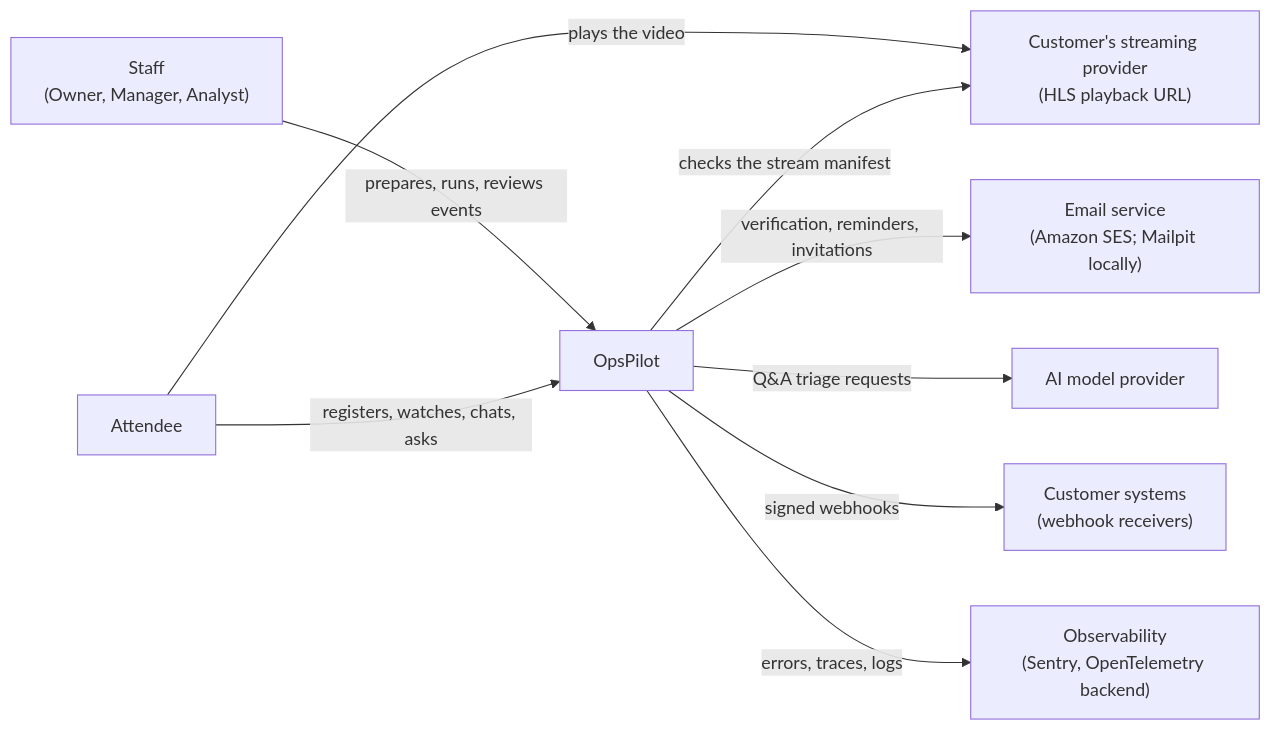
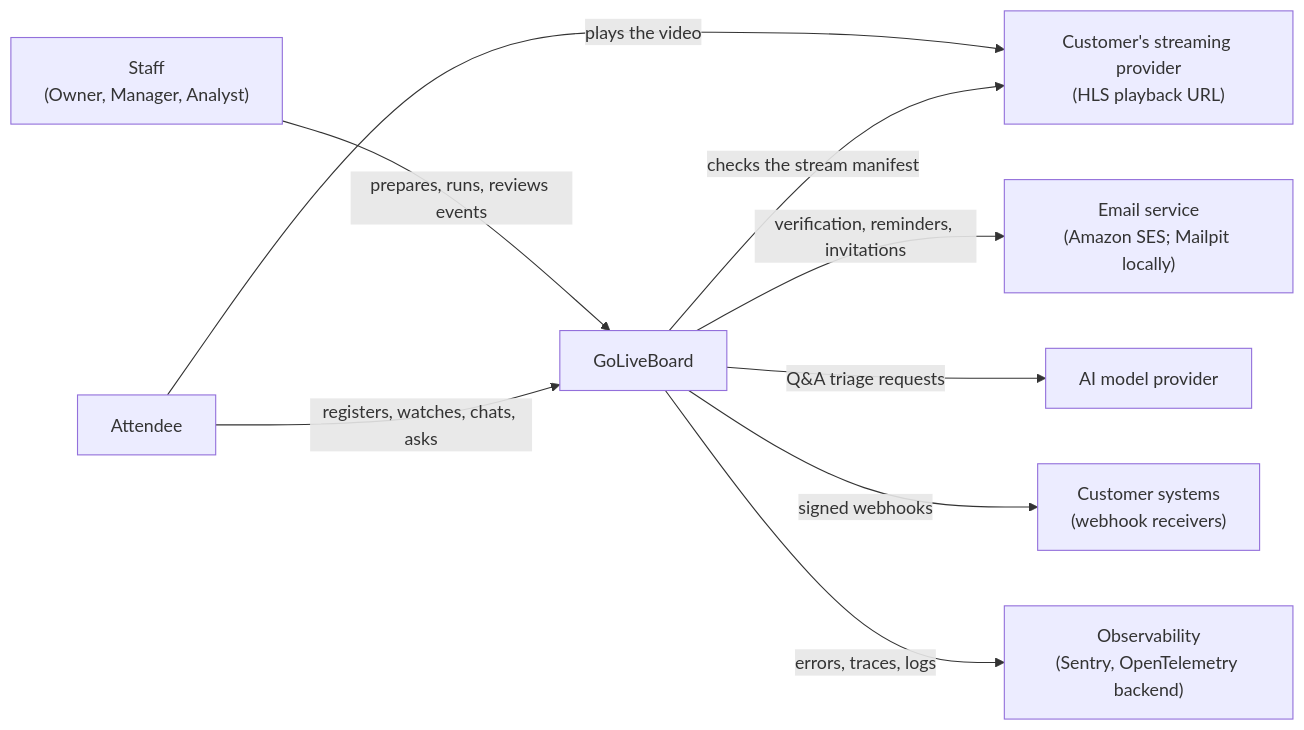
Before and after one commit to zhanru-dev/GoLiveBoard: the first of 6 diagrams in docs/02-architecture.md, drawn with Mermaid. The commit also changed other lines of this file and 342 other files, not shown here.

First line of the commit message:
chore: rename the product from OpsPilot to GoLiveBoard

````diff
--- a/docs/02-architecture.md
+++ b/docs/02-architecture.md
@@ -11,20 +11,20 @@
 ```mermaid
 flowchart LR
   staff["Staff<br/>(Owner, Manager, Analyst)"]
   attendee["Attendee"]
-  ops["OpsPilot"]
+  ops["GoLiveBoard"]
   stream["Customer's streaming provider<br/>(HLS playback URL)"]
   mail["Email service<br/>(Amazon SES; Mailpit locally)"]
   ai["AI model provider"]
   hooks["Customer systems<br/>(webhook receivers)"]
   obs["Observability<br/>(Sentry, OpenTelemetry backend)"]
 
   staff -->|"prepares, runs, reviews events"| ops
   attendee -->|"registers, watches, chats, asks"| ops
   attendee -->|"plays the video"| stream
   ops -->|"checks the stream manifest"| stream
   ops -->|"verification, reminders, invitations"| mail
   ops -->|"Q&A triage requests"| ai
   ops -->|"signed webhooks"| hooks
   ops -->|"errors, traces, logs"| obs
 ```
````
